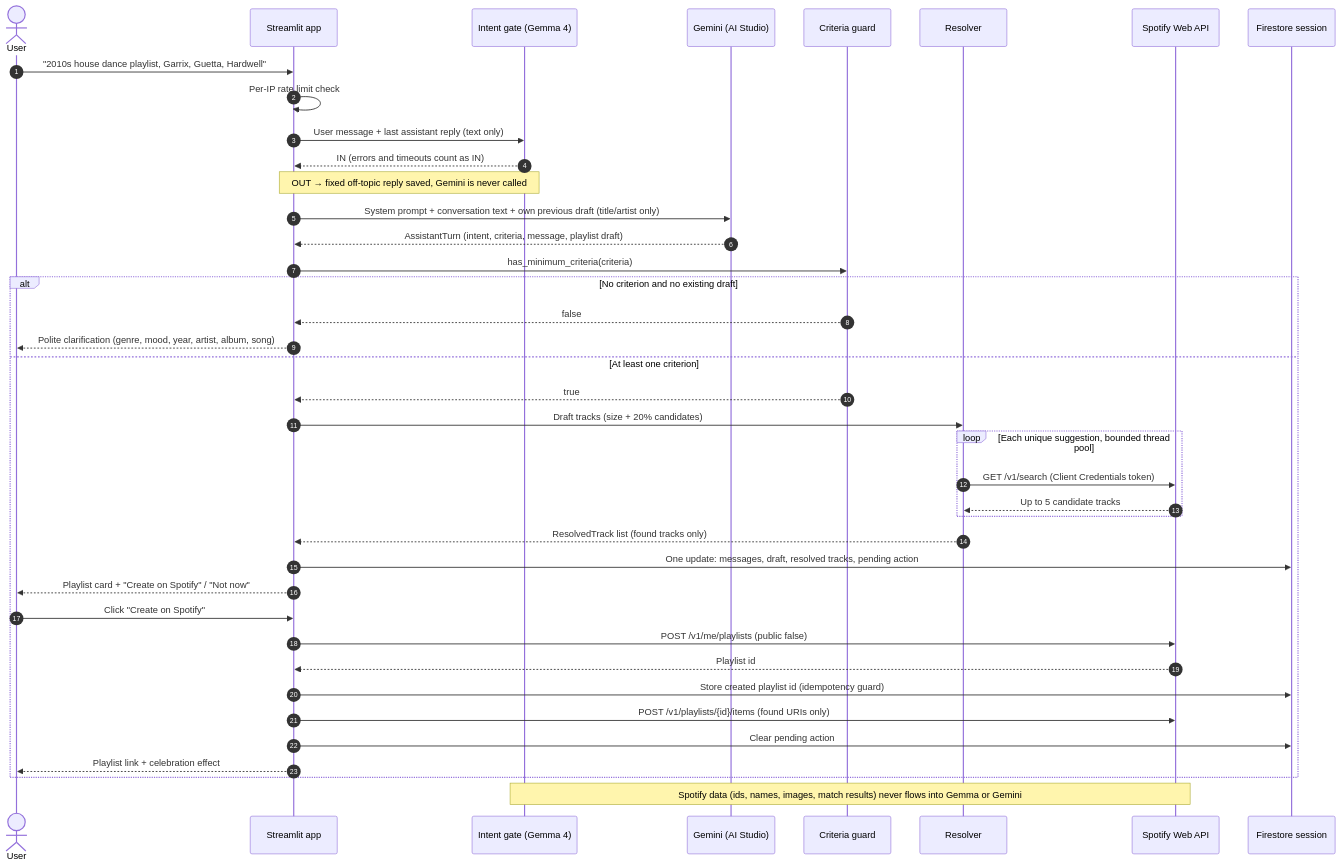
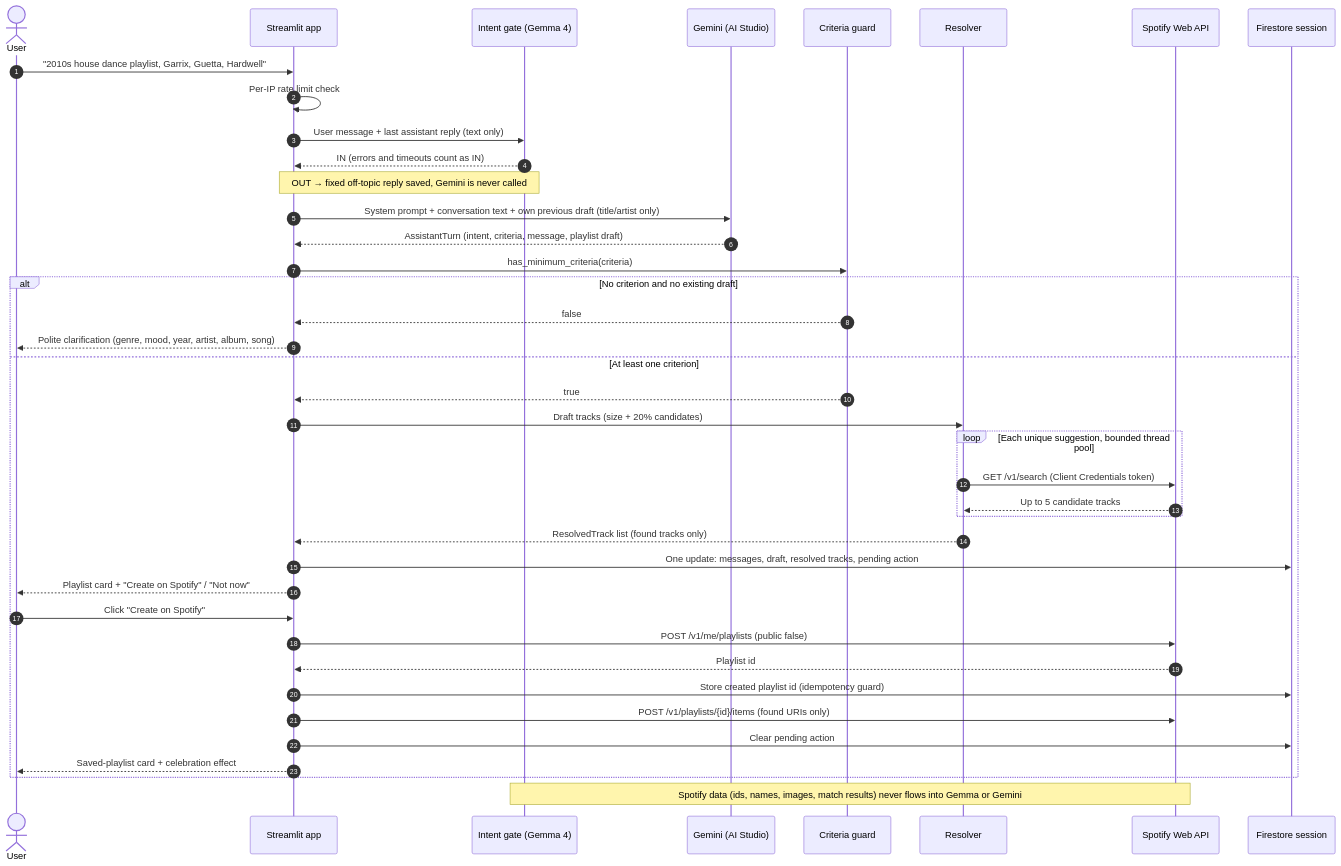
One commit to maurorusso22/ai-playlist-generator changed the diagram in README.md. Above: the diagram before and after it, drawn with Mermaid. The commit also changed other lines of this file and 8 other files, not shown here.

Commit message:
feat: show a saved-playlist card instead of the link notice

````diff
--- a/README.md
+++ b/README.md
@@ -97,43 +97,43 @@
 ```mermaid
 sequenceDiagram
     autonumber
     actor U as User
     participant UI as Streamlit app
     participant IG as Intent gate (Gemma 4)
     participant LLM as Gemini (AI Studio)
     participant G as Criteria guard
     participant R as Resolver
     participant SP as Spotify Web API
     participant FS as Firestore session
 
     U->>UI: "2010s house dance playlist, Garrix, Guetta, Hardwell"
     UI->>UI: Per-IP rate limit check
     UI->>IG: User message + last assistant reply (text only)
     IG-->>UI: IN (errors and timeouts count as IN)
     Note over UI,IG: OUT → fixed off-topic reply saved, Gemini is never called
     UI->>LLM: System prompt + conversation text + own previous draft (title/artist only)
     LLM-->>UI: AssistantTurn (intent, criteria, message, playlist draft)
     UI->>G: has_minimum_criteria(criteria)
     alt No criterion and no existing draft
         G-->>UI: false
         UI-->>U: Polite clarification (genre, mood, year, artist, album, song)
     else At least one criterion
         G-->>UI: true
         UI->>R: Draft tracks (size + 20% candidates)
         loop Each unique suggestion, bounded thread pool
             R->>SP: GET /v1/search (Client Credentials token)
             SP-->>R: Up to 5 candidate tracks
         end
         R-->>UI: ResolvedTrack list (found tracks only)
         UI->>FS: One update: messages, draft, resolved tracks, pending action
         UI-->>U: Playlist card + "Create on Spotify" / "Not now"
         U->>UI: Click "Create on Spotify"
         UI->>SP: POST /v1/me/playlists (public false)
         SP-->>UI: Playlist id
         UI->>FS: Store created playlist id (idempotency guard)
         UI->>SP: POST /v1/playlists/{id}/items (found URIs only)
         UI->>FS: Clear pending action
-        UI-->>U: Playlist link + celebration effect
+        UI-->>U: Saved-playlist card + celebration effect
     end
     Note over IG,SP: Spotify data (ids, names, images, match results) never flows into Gemma or Gemini
 ```
````
